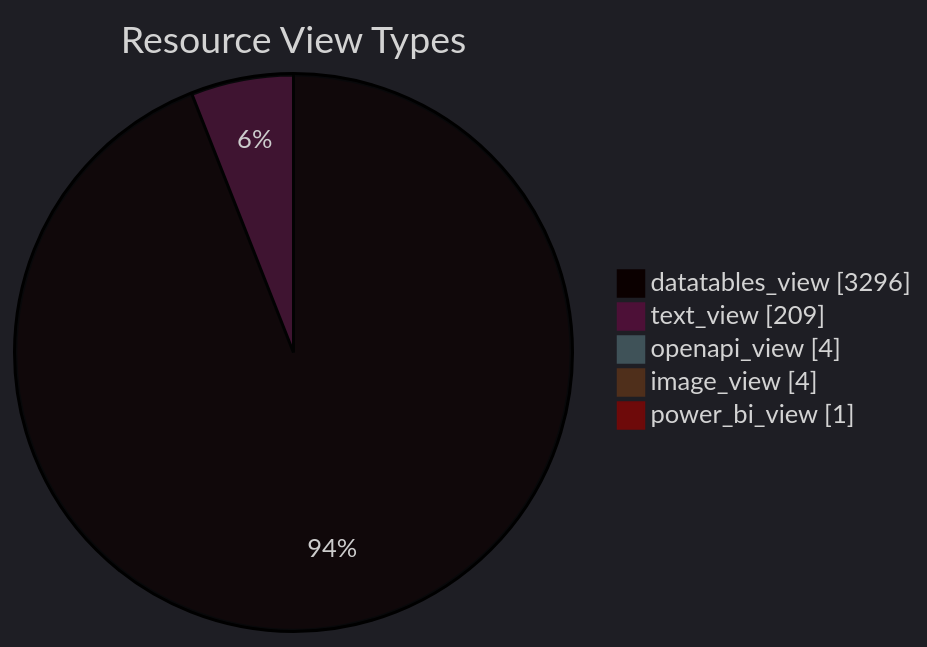
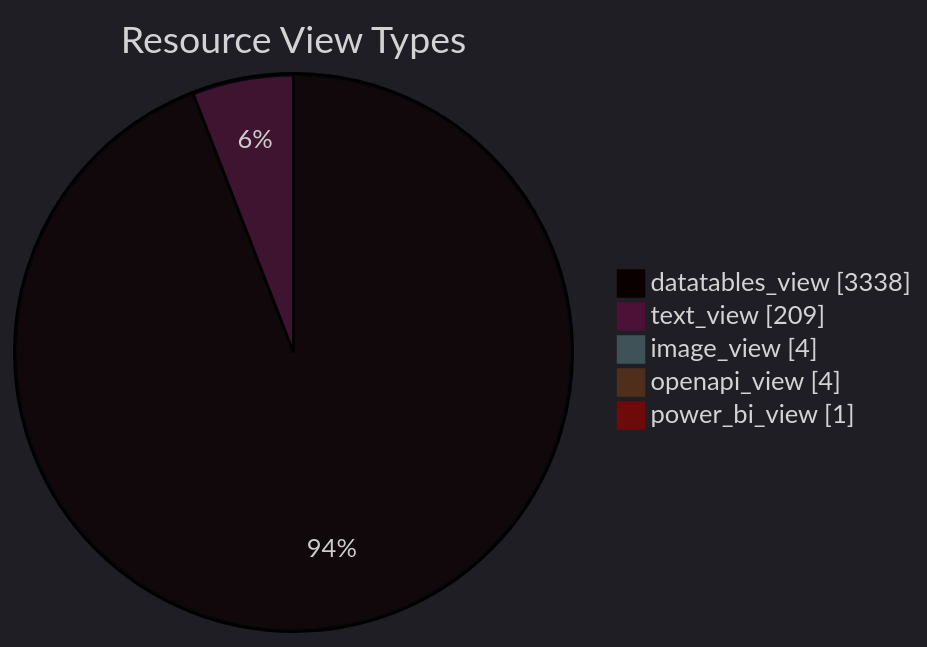
The diagram in datastore_tracker/resource_view_types_pie_chart.md (open-data/analytics-corporate-reporting), drawn with Mermaid before and after one commit. The commit also changed 9 other files, not shown here.

````diff
--- a/datastore_tracker/resource_view_types_pie_chart.md
+++ b/datastore_tracker/resource_view_types_pie_chart.md
@@ -2,12 +2,12 @@
 ```mermaid
 ---
 config:
   theme: dark
 ---
 pie showData title Resource View Types
-    "datatables_view": 3296
+    "datatables_view": 3338
     "text_view": 209
+    "image_view": 4
     "openapi_view": 4
-    "image_view": 4
     "power_bi_view": 1
 ```
````
